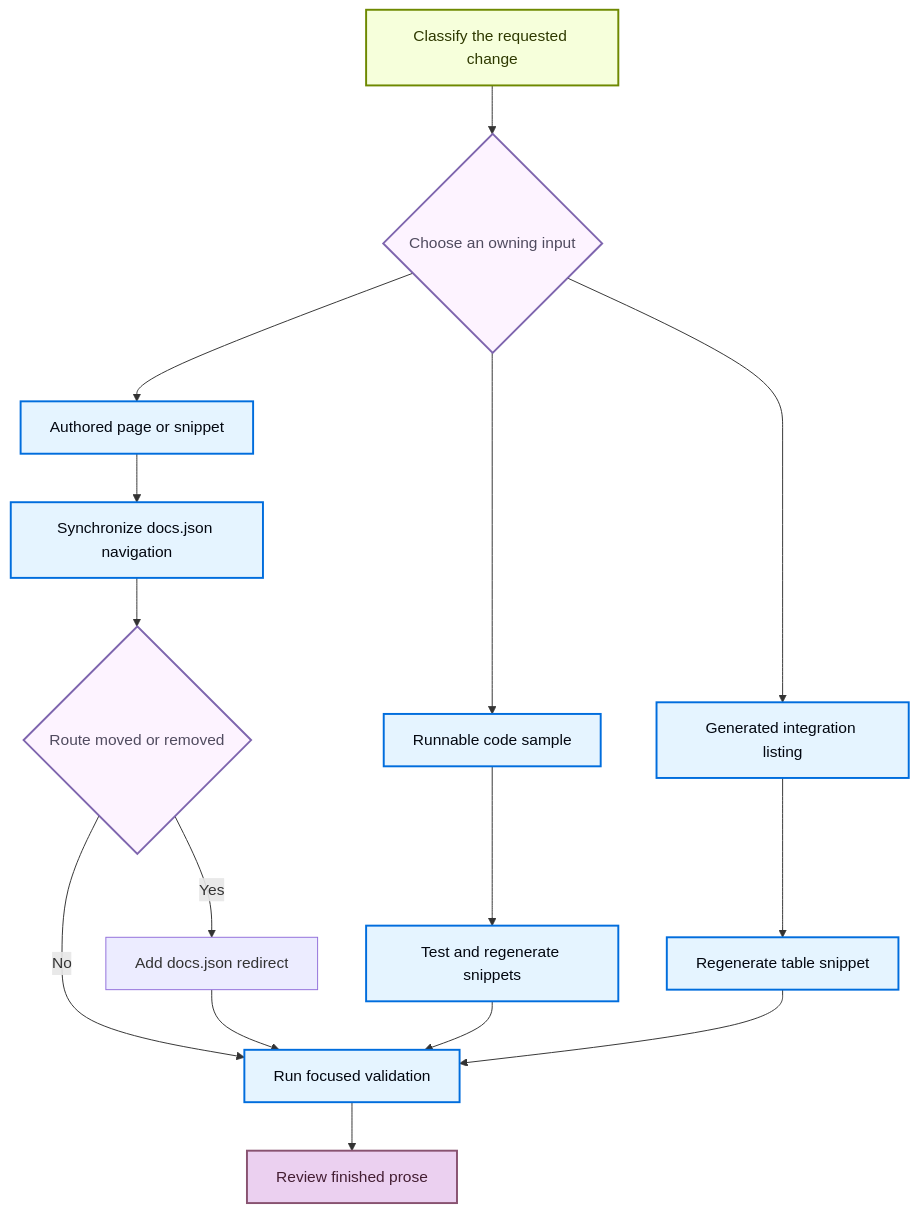
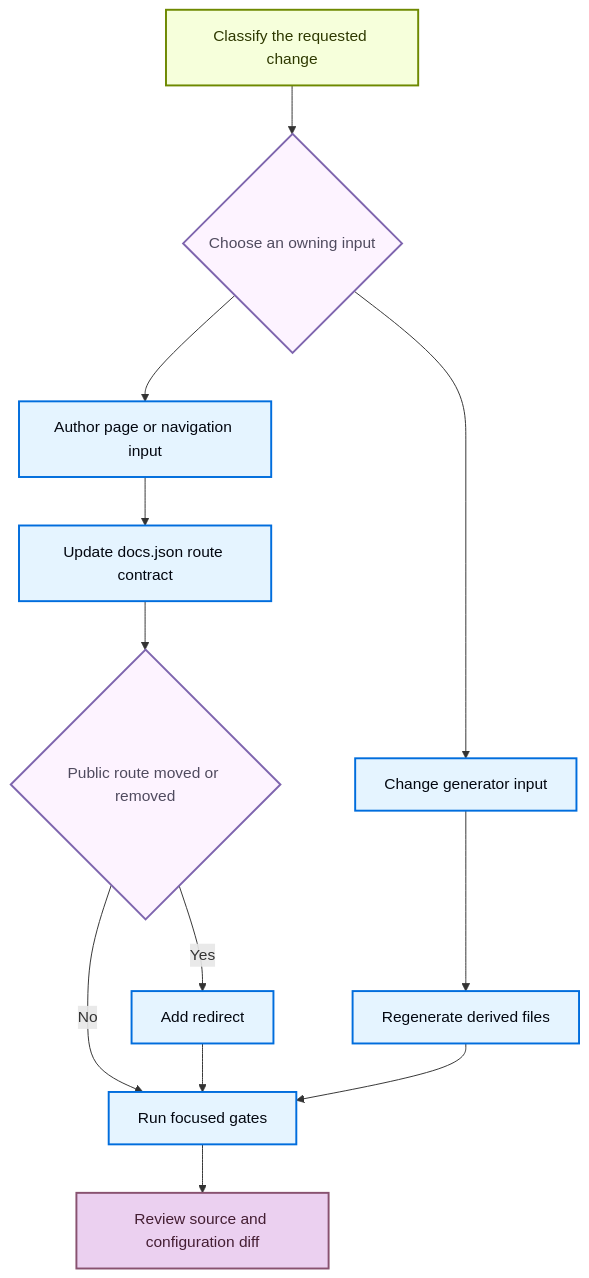
The diagram in openwiki/operations/adding-pages.md (langchain-ai/docs), drawn with Mermaid before and after one commit. The commit also changed other lines of this file and 21 other files, not shown here.

````diff
--- a/openwiki/operations/adding-pages.md
+++ b/openwiki/operations/adding-pages.md
@@ -61,25 +47,22 @@
 ```mermaid
 flowchart TD
     Start["Classify the requested change"] --> Owner{"Choose an owning input"}
-    Owner --> Page["Authored page or snippet"]
-    Owner --> Sample["Runnable code sample"]
-    Owner --> Listing["Generated integration listing"]
-    Page --> Navigation["Synchronize docs.json navigation"]
-    Sample --> RegenerateSample["Test and regenerate snippets"]
-    Listing --> RegenerateListing["Regenerate table snippet"]
-    Navigation --> Retired{"Route moved or removed"}
-    Retired -->|"Yes"| Redirect["Add docs.json redirect"]
-    Retired -->|"No"| Validate["Run focused validation"]
-    Redirect --> Validate
-    RegenerateSample --> Validate
-    RegenerateListing --> Validate
-    Validate --> Review["Review finished prose"]
+    Owner --> Authored["Author page or navigation input"]
+    Owner --> Generated["Change generator input"]
+    Authored --> Route["Update docs.json route contract"]
+    Route --> Retired{"Public route moved or removed"}
+    Retired -->|"Yes"| Redirect["Add redirect"]
+    Retired -->|"No"| Gates["Run focused gates"]
+    Redirect --> Gates
+    Generated --> Regenerate["Regenerate derived files"]
+    Regenerate --> Gates
+    Gates --> Review["Review source and configuration diff"]
     classDef process fill:#E5F4FF,stroke:#006DDD,stroke-width:2px,color:#030710
     classDef trigger fill:#F6FFDB,stroke:#6E8900,stroke-width:2px,color:#2E3900
     classDef decision fill:#FDF3FF,stroke:#7E65AE,stroke-width:2px,color:#504B5F
     classDef output fill:#EBD0F0,stroke:#885270,stroke-width:2px,color:#441E33
     class Start trigger
     class Owner,Retired decision
-    class Page,Sample,Listing,Navigation,RegenerateSample,RegenerateListing,Validate process
+    class Authored,Generated,Route,Redirect,Regenerate,Gates process
     class Review output
 ```
````
